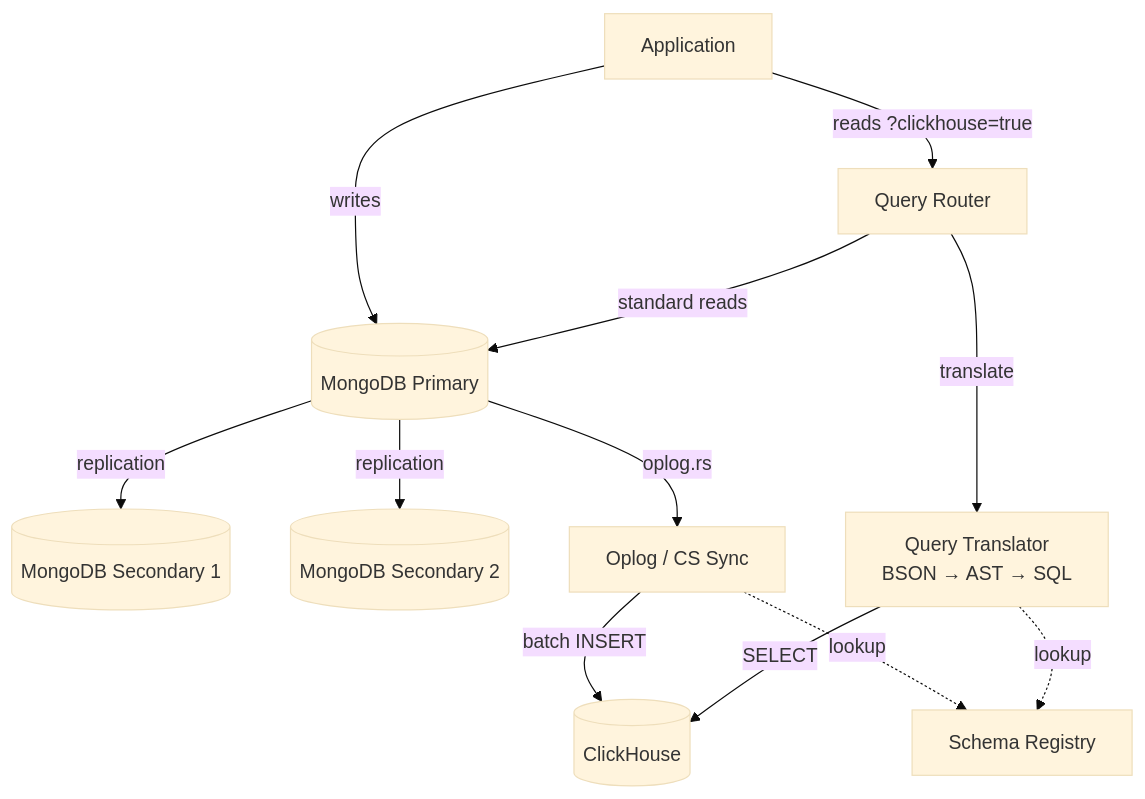
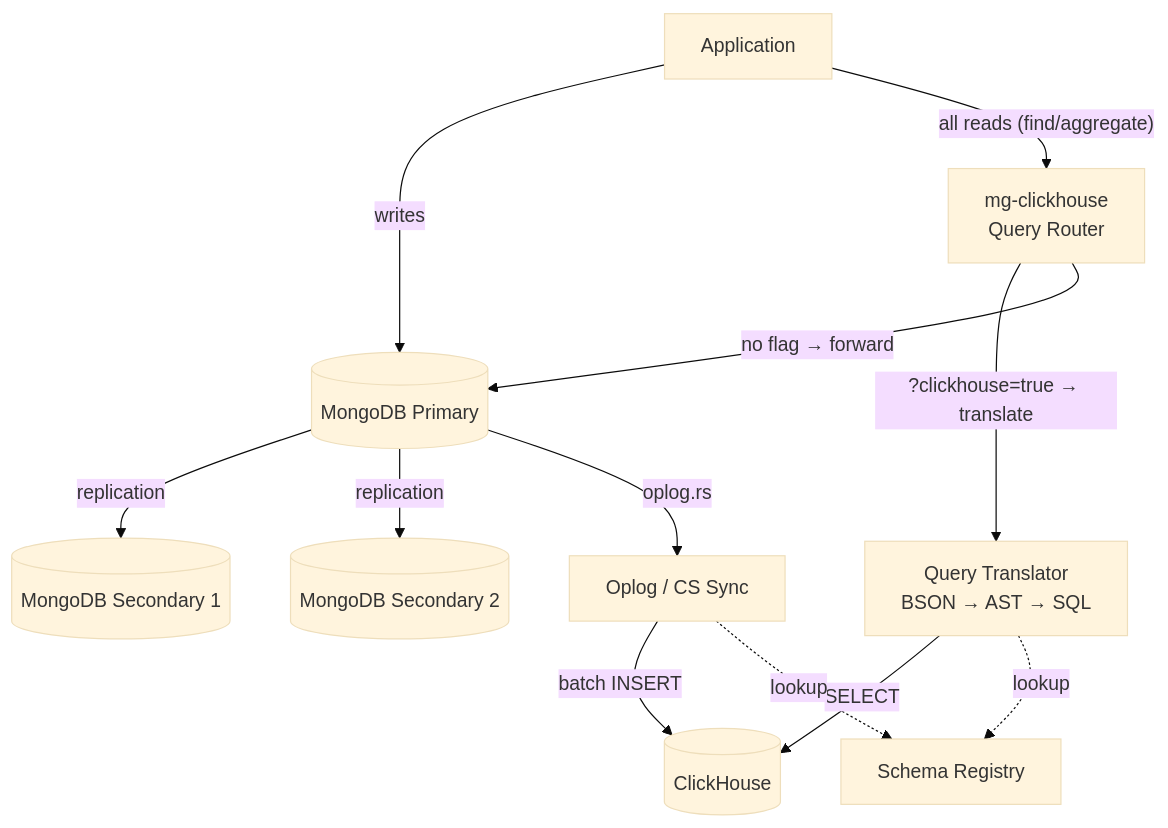
One commit to mrityunjaysharma/mongo-flux changed the first of 7 diagrams in docs/design.md. Above: the diagram before and after it, drawn with Mermaid (base theme). The commit also changed other lines of this file and 4 other files, not shown here.

````diff
--- a/docs/design.md
+++ b/docs/design.md
@@ -17,14 +17,14 @@
 ```mermaid
 flowchart TD
     APP[Application] -->|writes| MGP[(MongoDB Primary)]
     MGP -->|replication| MGS1[(MongoDB Secondary 1)]
     MGP -->|replication| MGS2[(MongoDB Secondary 2)]
+    APP -->|"all reads (find/aggregate)"| ROUTER[mg-clickhouse<br/>Query Router]
+    ROUTER -->|"?clickhouse=true → translate"| XLAT[Query Translator<br/>BSON → AST → SQL]
+    XLAT -->|SELECT| CH[(ClickHouse)]
+    ROUTER -->|"no flag → forward"| MGP
     MGP -->|oplog.rs| SYNC[Oplog / CS Sync]
-    SYNC -->|batch INSERT| CH[(ClickHouse)]
-    APP -->|"reads ?clickhouse=true"| ROUTER[Query Router]
-    ROUTER -->|translate| XLAT[Query Translator<br/>BSON → AST → SQL]
-    XLAT -->|SELECT| CH
-    ROUTER -->|standard reads| MGP
+    SYNC -->|batch INSERT| CH
     SYNC -.->|lookup| REG[Schema Registry]
     XLAT -.->|lookup| REG
 ```
````
